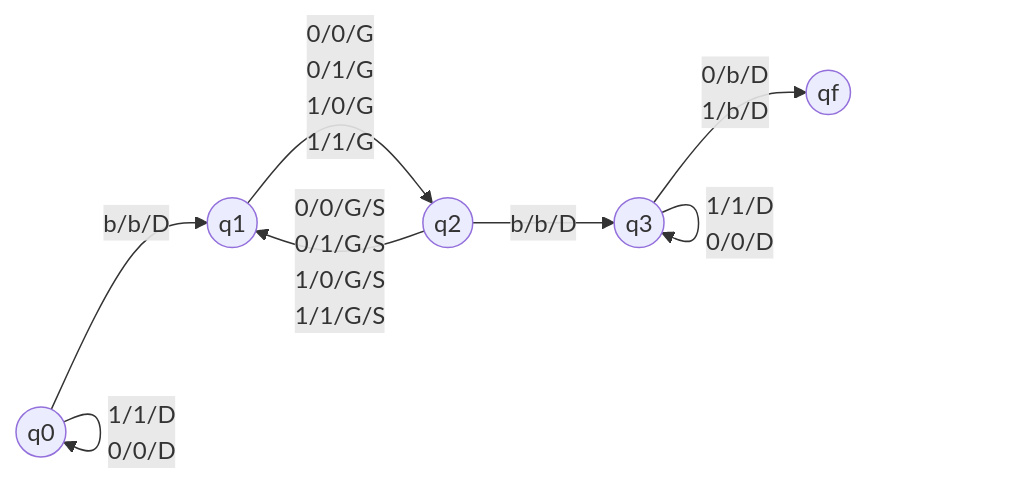
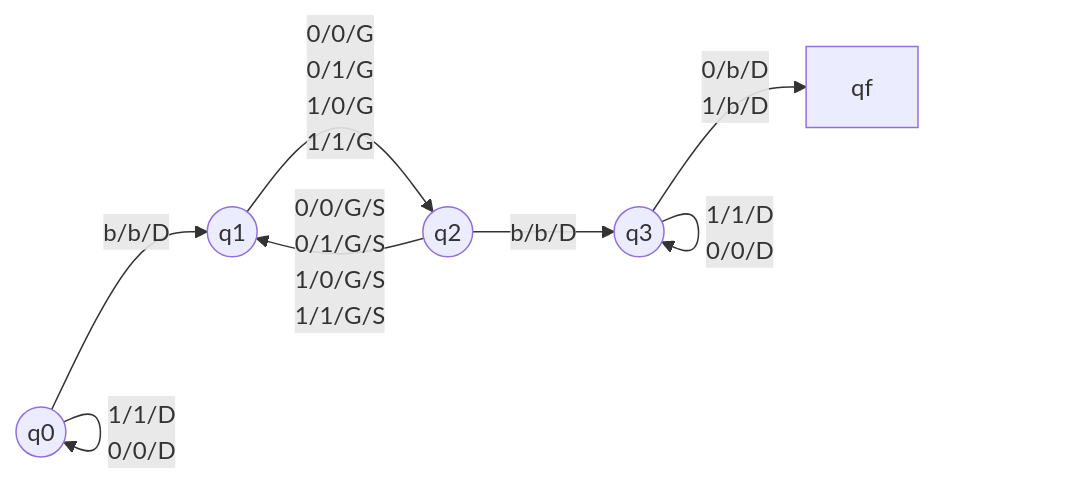
Before and after one commit to FlorianLatapie/PNS-SI4-S7_Algorithmique: the third of 8 diagrams in TDs/TD2/TD2.md, drawn with Mermaid. The commit also changed other lines of this file, not shown here.

````diff
--- a/TDs/TD2/TD2.md
+++ b/TDs/TD2/TD2.md
@@ -44,10 +45,10 @@
 ```mermaid
 graph LR
-    q0((q0)) --> | 1/1/D<br/>0/0/D | q0((q0))
-    q0((q0)) --> | b/b/D | q1((q1))
-    q1((q1)) --> | 0/0/G<br/>0/1/G<br/>1/0/G<br/>1/1/G | q2((q2))
+    q0((q0)) --> | 1/1/D<br/>0/0/D | q0
+    q0((q0)) --> | b/b/D | q1
+    q1((q1)) --> | 0/0/G<br/>0/1/G<br/>1/0/G<br/>1/1/G | q2
     q2((q2)) --> | 0/0/G/S<br/>0/1/G/S<br/>1/0/G/S<br/>1/1/G/S | q1((q1))
-    q2((q2)) --> | b/b/D | q3((q3))
-    q3((q3)) --> | 1/1/D<br/>0/0/D | q3((q3))
-    q3((q3)) --> | 0/b/D<br/>1/b/D | qf((qf))
+    q2((q2)) --> | b/b/D | q3
+    q3((q3)) --> | 1/1/D<br/>0/0/D | q3
+    q3((q3)) --> | 0/b/D<br/>1/b/D | qf
 ```
````
